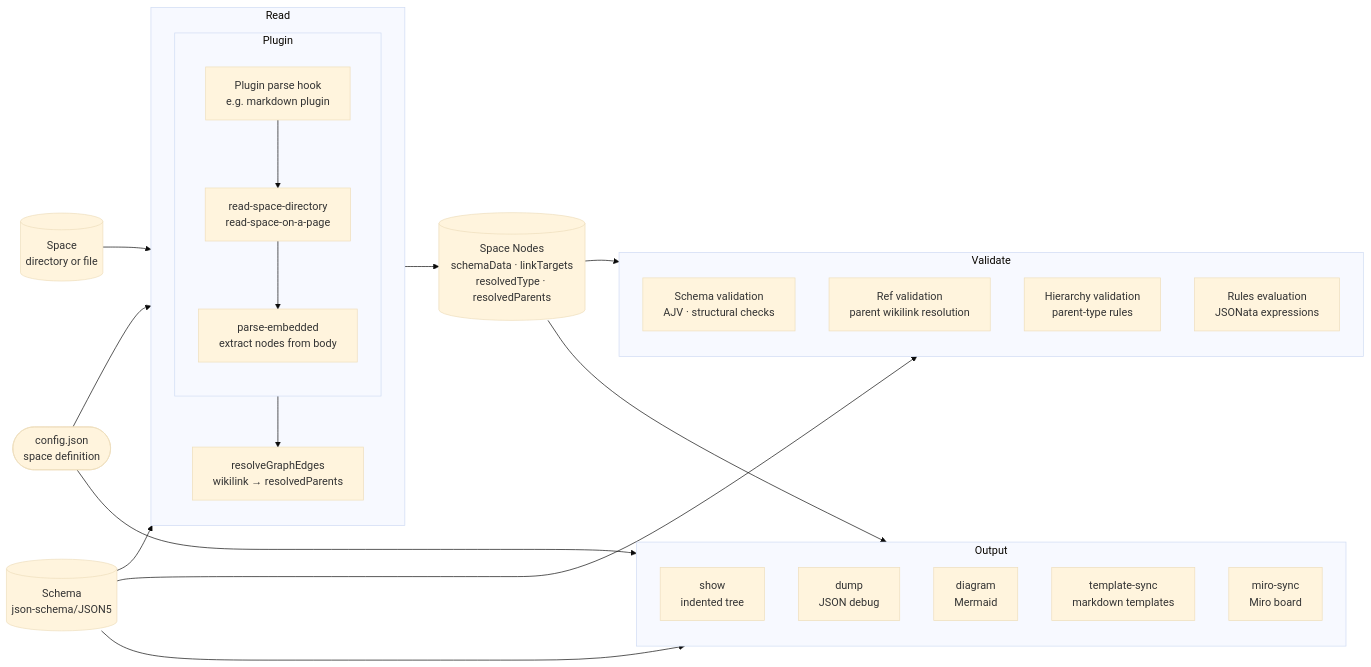
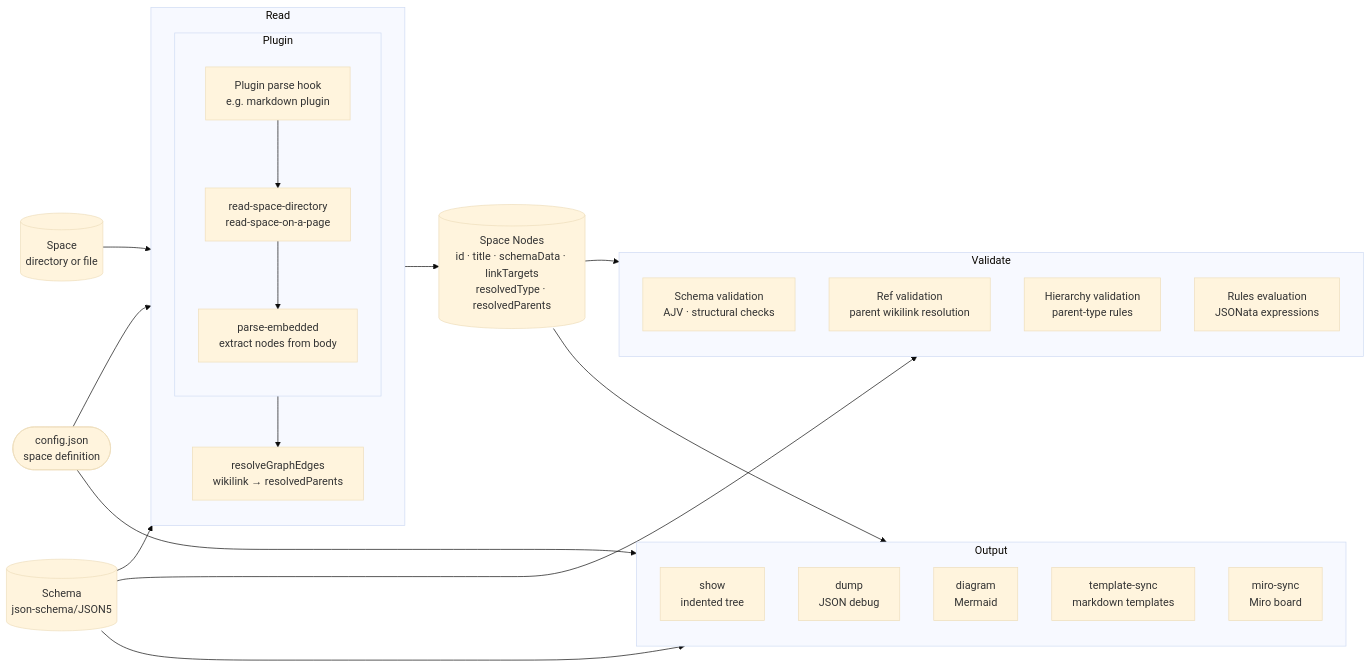
Before and after one commit to mindsocket/structured-context: the first of 2 diagrams in docs/architecture.md, drawn with Mermaid (base theme). The commit also changed other lines of this file and 69 other files, not shown here.

````diff
--- a/docs/architecture.md
+++ b/docs/architecture.md
@@ -15,48 +15,48 @@
 ```mermaid
 flowchart LR
     config([config.json<br>space definition])
     schema[(Schema<br>json-schema/JSON5)]
     space[(Space<br>directory or file)]
 
     subgraph read [Read]
         direction TB
         subgraph plugin_layer [Plugin]
             direction TB
             plugin[Plugin parse hook<br>e.g. markdown plugin]
             rdir[read-space-directory<br>read-space-on-a-page]
             embed[parse-embedded<br>extract nodes from body]
             plugin --> rdir
             rdir --> embed
         end
         resolve[resolveGraphEdges<br>wikilink → resolvedParents]
         plugin_layer --> resolve
     end
 
-    nodes[(Space Nodes<br>schemaData · linkTargets<br>resolvedType · resolvedParents)]
+    nodes[(Space Nodes<br>id · title · schemaData · linkTargets<br>resolvedType · resolvedParents)]
 
     subgraph validate [Validate]
         direction TB
         schema_val[Schema validation<br>AJV · structural checks]
         ref_val[Ref validation<br>parent wikilink resolution]
         hier_val[Hierarchy validation<br>parent-type rules]
         rules_val[Rules evaluation<br>JSONata expressions]
     end
 
     subgraph output [Output]
         show[show<br>indented tree]
         dump[dump<br>JSON debug]
         diagram[diagram<br>Mermaid]
         tmpl[template-sync<br>markdown templates]
         miro[miro-sync<br>Miro board]
     end
 
     config --> read
     schema --> read
     space --> read
     read --> nodes
     nodes --> validate
     schema --> validate
     nodes --> output
     schema --> output
     config --> output
 ```
````
